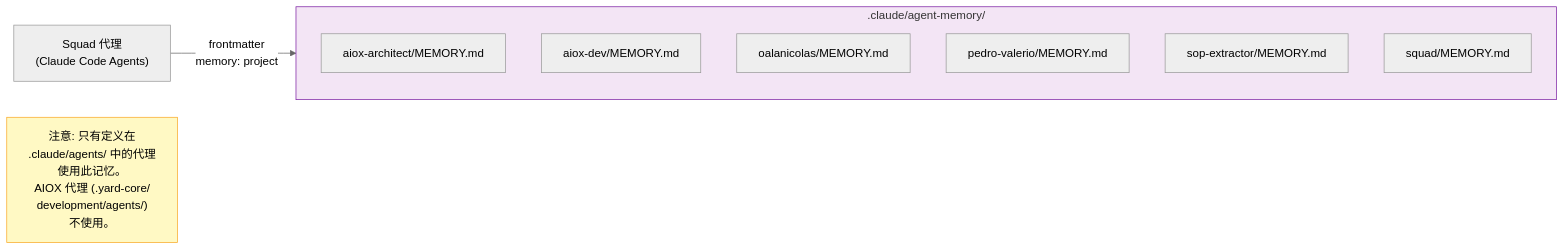
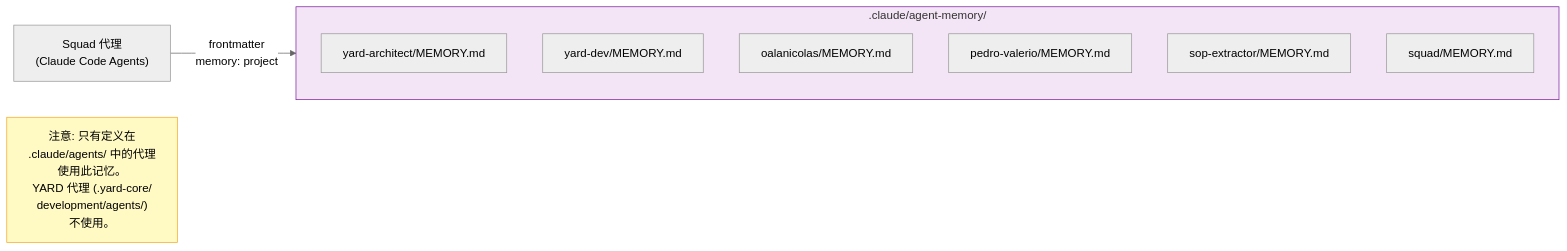
The fifth of 18 diagrams in docs/zh/guides/MEMORY-SYSTEM.md (ernesto-langa/yard-core), drawn with Mermaid (neutral theme) before and after one commit. The commit also changed other lines of this file and 529 other files, not shown here.

````diff
--- a/docs/zh/guides/MEMORY-SYSTEM.md
+++ b/docs/zh/guides/MEMORY-SYSTEM.md
@@ -233,18 +233,18 @@
 ```mermaid
 flowchart LR
     subgraph AGENT_MEM[".claude/agent-memory/"]
-        AM1["aiox-architect/MEMORY.md"]
-        AM2["aiox-dev/MEMORY.md"]
+        AM1["yard-architect/MEMORY.md"]
+        AM2["yard-dev/MEMORY.md"]
         AM3["oalanicolas/MEMORY.md"]
         AM4["pedro-valerio/MEMORY.md"]
         AM5["sop-extractor/MEMORY.md"]
         AM6["squad/MEMORY.md"]
     end
 
     SQUAD_AGENTS["Squad 代理<br/>(Claude Code Agents)"] -->|"frontmatter<br/>memory: project"| AGENT_MEM
 
-    NOTE["注意: 只有定义在<br/>.claude/agents/ 中的代理<br/>使用此记忆。<br/>AIOX 代理 (.yard-core/<br/>development/agents/)<br/>不使用。"]
+    NOTE["注意: 只有定义在<br/>.claude/agents/ 中的代理<br/>使用此记忆。<br/>YARD 代理 (.yard-core/<br/>development/agents/)<br/>不使用。"]
 
     style AGENT_MEM fill:#F3E5F5,stroke:#7B1FA2
     style NOTE fill:#FFF9C4,stroke:#F9A825
 ```
````
